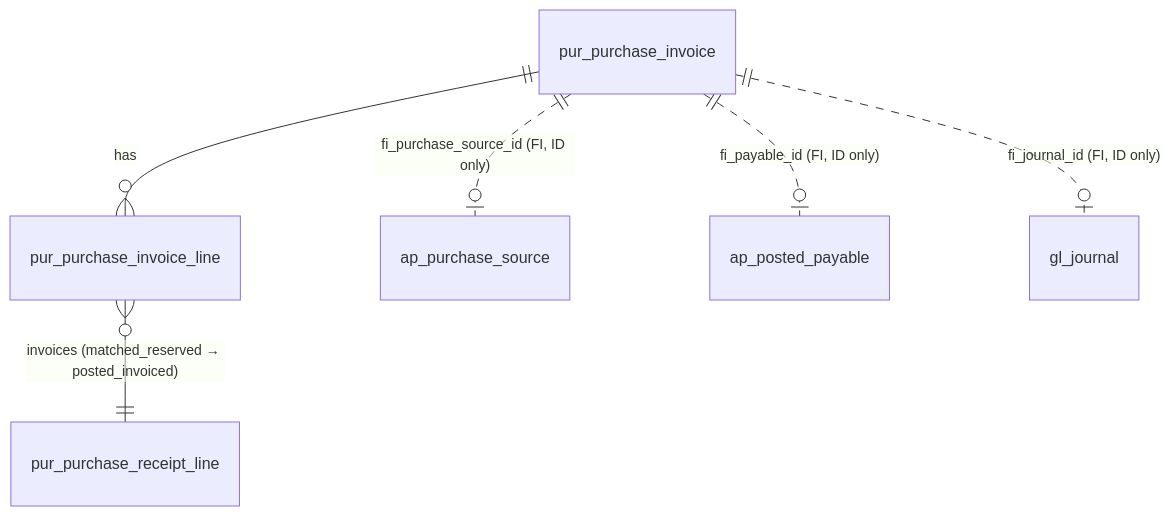
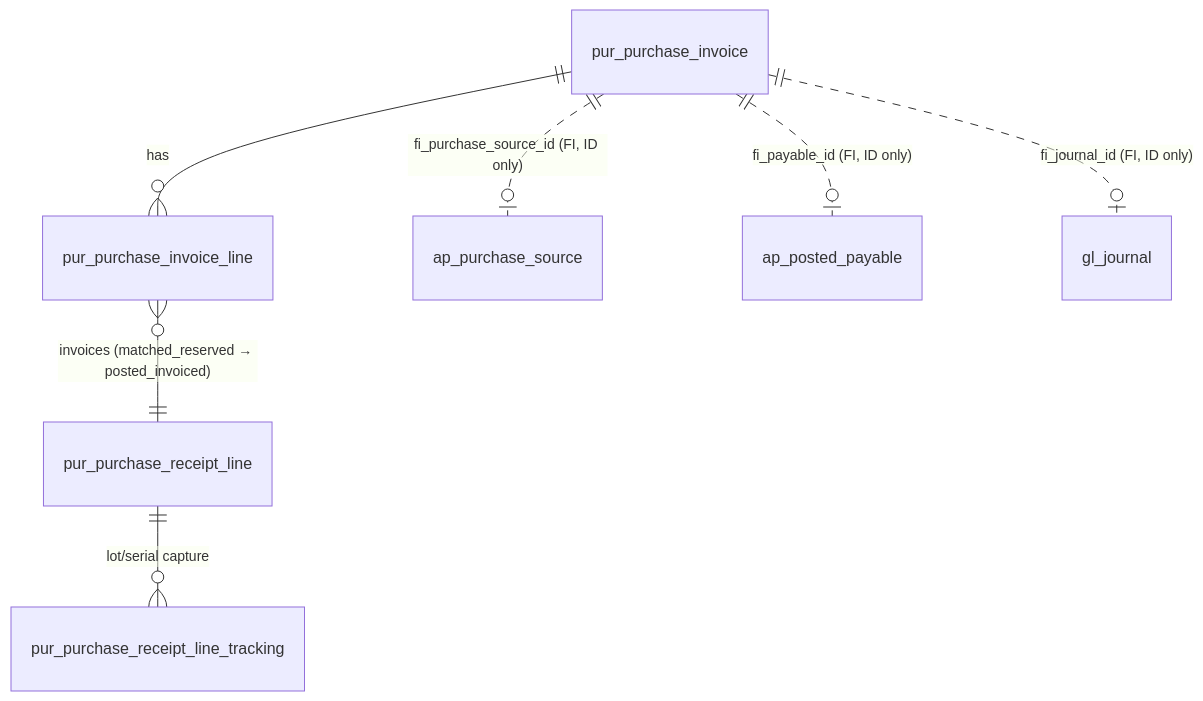
One commit to snowwhite10/MyERP changed the first of 15 diagrams in docs/02-modules/PUR/data-structure.md. Above: the diagram before and after it, drawn with Mermaid. The commit also changed other lines of this file and 23 other files, not shown here.

First line of the commit message:
feat(pur): capture lot/serial numbers on receipt lines and pass them to INV inbound

````diff
--- a/docs/02-modules/PUR/data-structure.md
+++ b/docs/02-modules/PUR/data-structure.md
@@ -7,8 +9,9 @@
 ```mermaid
 erDiagram
     pur_purchase_invoice ||--o{ pur_purchase_invoice_line : has
     pur_purchase_invoice_line }o--|| pur_purchase_receipt_line : "invoices (matched_reserved → posted_invoiced)"
+    pur_purchase_receipt_line ||--o{ pur_purchase_receipt_line_tracking : "lot/serial capture"
     pur_purchase_invoice ||..o| ap_purchase_source : "fi_purchase_source_id (FI, ID only)"
     pur_purchase_invoice ||..o| ap_posted_payable : "fi_payable_id (FI, ID only)"
     pur_purchase_invoice ||..o| gl_journal : "fi_journal_id (FI, ID only)"
 ```
````
